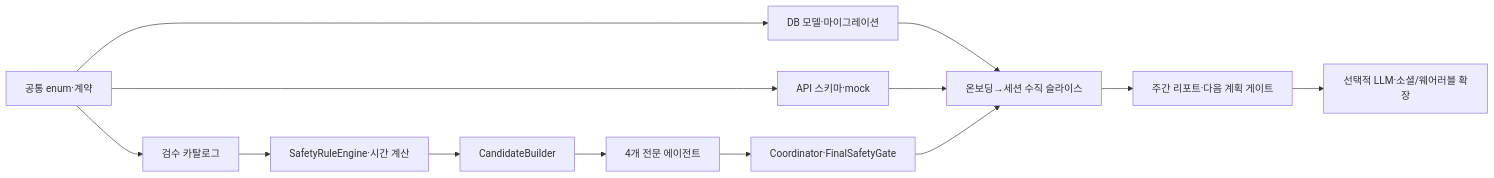
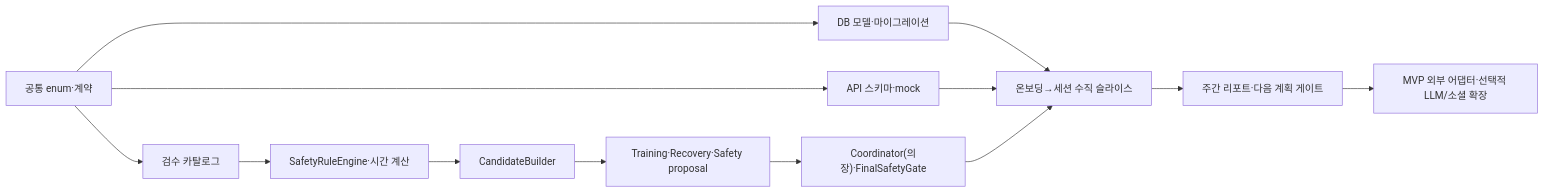
The diagram in docs/IMPLEMENTATION_PLAN.md (SKNETWORKS-FAMILY-AICAMP/SKN30-FINAL-5Team), drawn with Mermaid before and after one commit. The commit also changed other lines of this file and 10 other files, not shown here.

````diff
--- a/docs/IMPLEMENTATION_PLAN.md
+++ b/docs/IMPLEMENTATION_PLAN.md
@@ -21,15 +21,15 @@
 ```mermaid
 flowchart LR
   C["공통 enum·계약"] --> CAT["검수 카탈로그"]
   C --> DB["DB 모델·마이그레이션"]
   C --> API["API 스키마·mock"]
   CAT --> RULE["SafetyRuleEngine·시간 계산"]
   RULE --> CAND["CandidateBuilder"]
-  CAND --> AG["4개 전문 에이전트"]
-  AG --> COORD["Coordinator·FinalSafetyGate"]
+  CAND --> AG["Training·Recovery·Safety proposal"]
+  AG --> COORD["Coordinator(의장)·FinalSafetyGate"]
   DB --> FLOW["온보딩→세션 수직 슬라이스"]
   API --> FLOW
   COORD --> FLOW
   FLOW --> WEEK["주간 리포트·다음 계획 게이트"]
-  WEEK --> OPT["선택적 LLM·소셜/웨어러블 확장"]
+  WEEK --> OPT["MVP 외부 어댑터·선택적 LLM/소셜 확장"]
 ```
````
